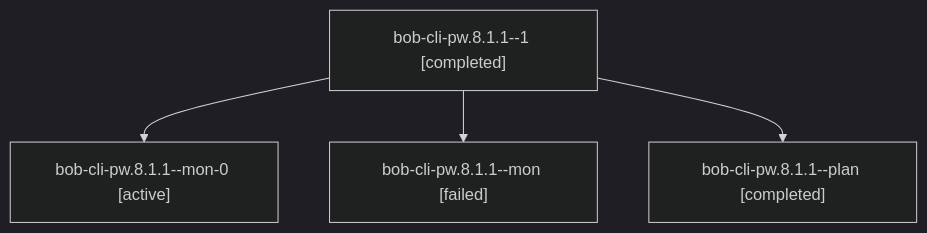
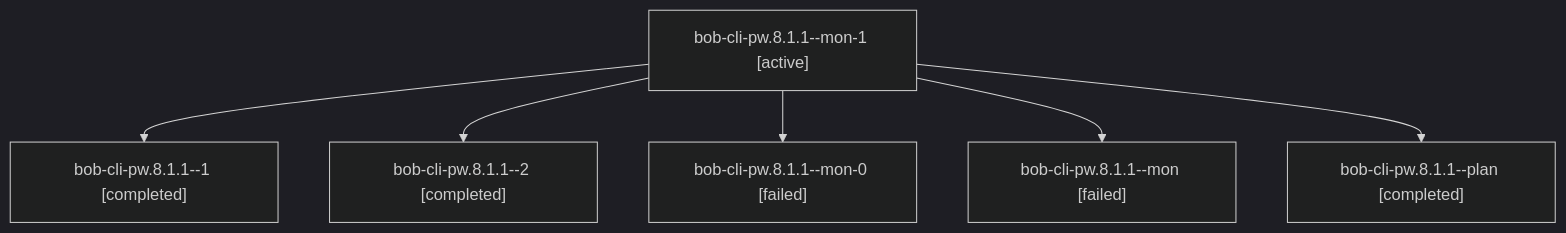
The diagram in sessions/bbugyi200.apollo.bob-cli-pw.8.1.1.md (bobs-org/bob-cli--agents), drawn with Mermaid (dark theme) before and after one commit. The commit also changed other lines of this file and 79 other files, not shown here.

````diff
--- a/sessions/bbugyi200.apollo.bob-cli-pw.8.1.1.md
+++ b/sessions/bbugyi200.apollo.bob-cli-pw.8.1.1.md
@@ -9,10 +9,14 @@
 ```mermaid
 flowchart TD
-  n0["bob-cli-pw.8.1.1--1 [completed]"]
-  n1["bob-cli-pw.8.1.1--mon-0 [active]"]
+  n0["bob-cli-pw.8.1.1--mon-1 [active]"]
+  n1["bob-cli-pw.8.1.1--1 [completed]"]
   n0 --> n1
-  n2["bob-cli-pw.8.1.1--mon [failed]"]
+  n2["bob-cli-pw.8.1.1--2 [completed]"]
   n0 --> n2
-  n3["bob-cli-pw.8.1.1--plan [completed]"]
+  n3["bob-cli-pw.8.1.1--mon-0 [failed]"]
   n0 --> n3
+  n4["bob-cli-pw.8.1.1--mon [failed]"]
+  n0 --> n4
+  n5["bob-cli-pw.8.1.1--plan [completed]"]
+  n0 --> n5
 ```
````
